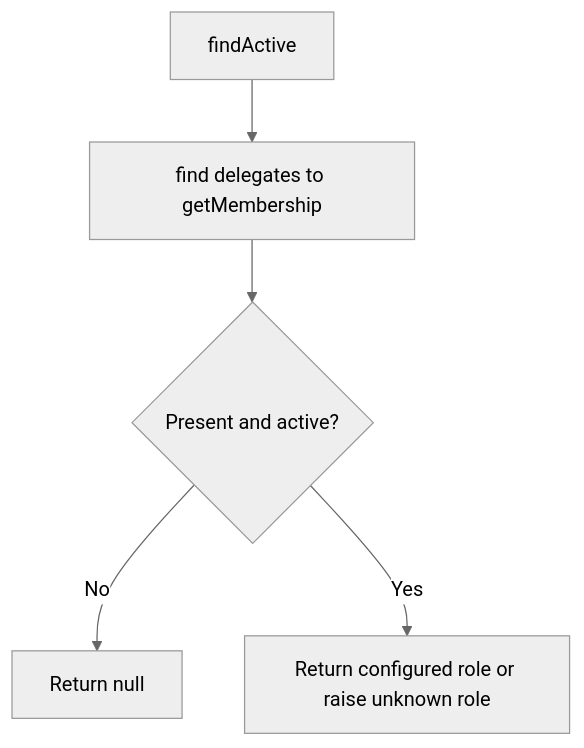
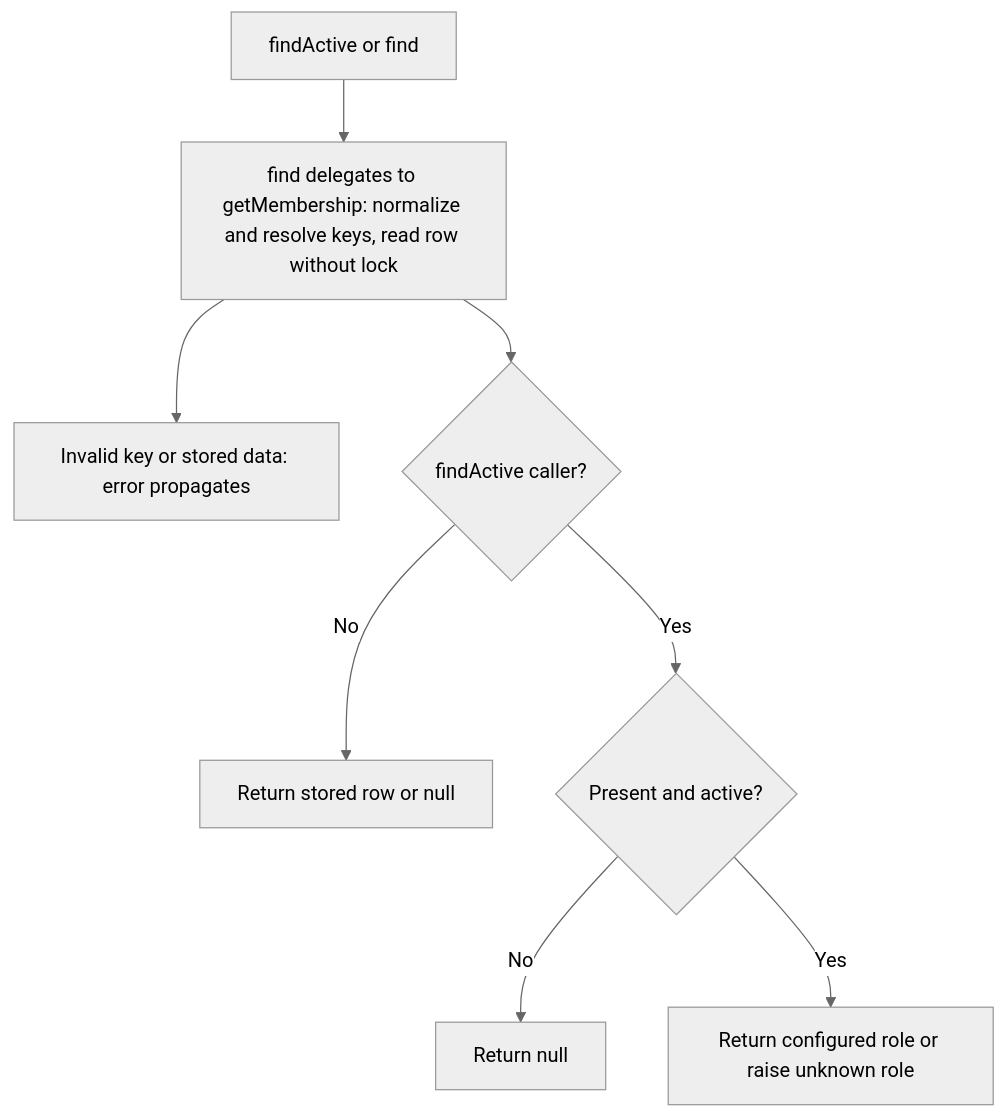
The second of 2 diagrams in user-stories/US-ACCESS-29-read-one-membership.md (Kevinjohn/oss-adonisjs-access-control), drawn with Mermaid (neutral theme) before and after one commit. The commit also changed 26 other files, not shown here.

Commit message:
docs: verify user story paths and Mermaid flows against implementation

````diff
--- a/user-stories/US-ACCESS-29-read-one-membership.md
+++ b/user-stories/US-ACCESS-29-read-one-membership.md
@@ -29,7 +29,10 @@
 ```mermaid
 flowchart TD
-    A["findActive"] --> B["find delegates to getMembership"]
-    B --> C{"Present and active?"}
+    A["findActive or find"] --> B["find delegates to getMembership: normalize and resolve keys, read row without lock"]
+    B --> X["Invalid key or stored data: error propagates"]
+    B --> H{"findActive caller?"}
+    H -->|No| J["Return stored row or null"]
+    H -->|Yes| C{"Present and active?"}
     C -->|No| D["Return null"]
     C -->|Yes| E["Return configured role or raise unknown role"]
 ```
````
